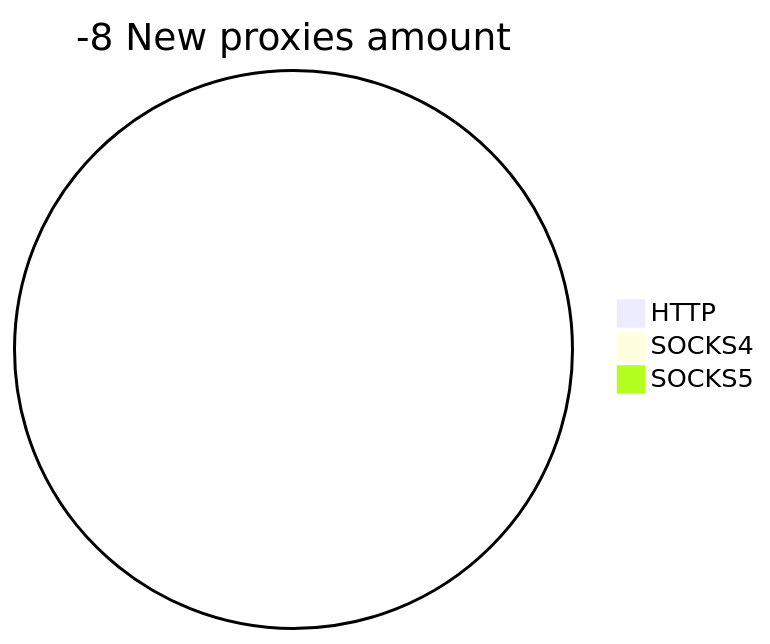
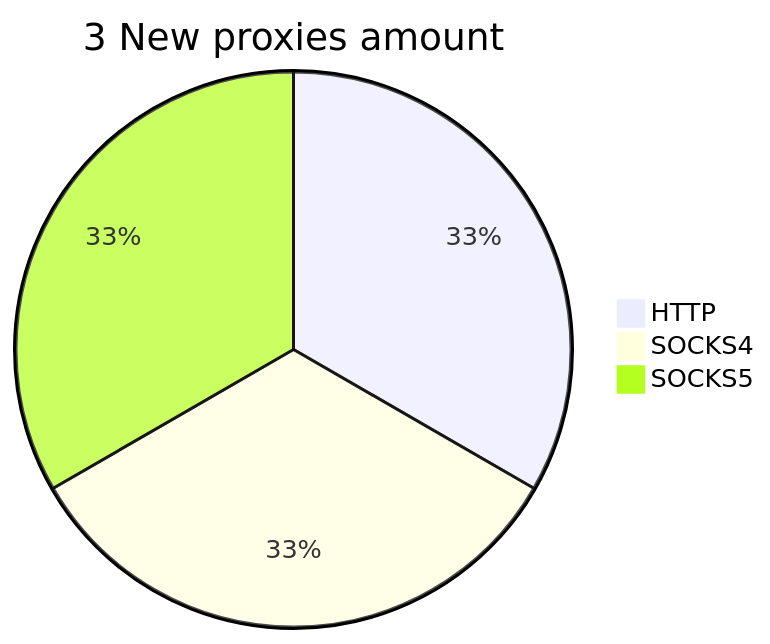
One commit to cutipu/proxylist changed the second of 2 diagrams in README.md. Above: the diagram before and after it, drawn with Mermaid. The commit also changed other lines of this file, not shown here.

````diff
--- a/README.md
+++ b/README.md
@@ -10,6 +10,6 @@
 ```mermaid
-pie title -8 New proxies amount
-    "HTTP" : 0
-    "SOCKS4" : 0
-    "SOCKS5" : 0
+pie title 3 New proxies amount
+    "HTTP" : 1
+    "SOCKS4" : 1
+    "SOCKS5" : 1
 ```
````
